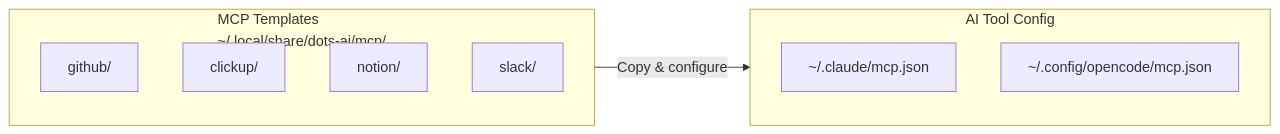
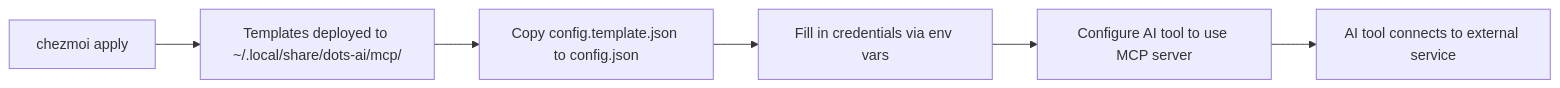
Before and after one commit to ulises-jeremias/dots-ai: the diagram in docs/MCP_TEMPLATES.md, drawn with Mermaid. The commit also changed other lines of this file and 432 other files, not shown here.

````diff
--- a/docs/MCP_TEMPLATES.md
+++ b/docs/MCP_TEMPLATES.md
@@ -7,16 +44,8 @@
 ```mermaid
 flowchart LR
-    subgraph templates["MCP Templates\n~/.local/share/dots-ai/mcp/"]
-        GH["github/"]
-        CU["clickup/"]
-        NO["notion/"]
-        SL["slack/"]
-    end
-
-    subgraph config["AI Tool Config"]
-        claude_mcp["~/.claude/mcp.json"]
-        opencode_mcp["~/.config/opencode/mcp.json"]
-    end
-
-    templates -->|"Copy & configure"| config
+    A[chezmoi apply] --> B[Templates deployed to ~/.local/share/dots-ai/mcp/]
+    B --> C[Copy config.template.json to config.json]
+    C --> D[Fill in credentials via env vars]
+    D --> E[Configure AI tool to use MCP server]
+    E --> F[AI tool connects to external service]
 ```
````
